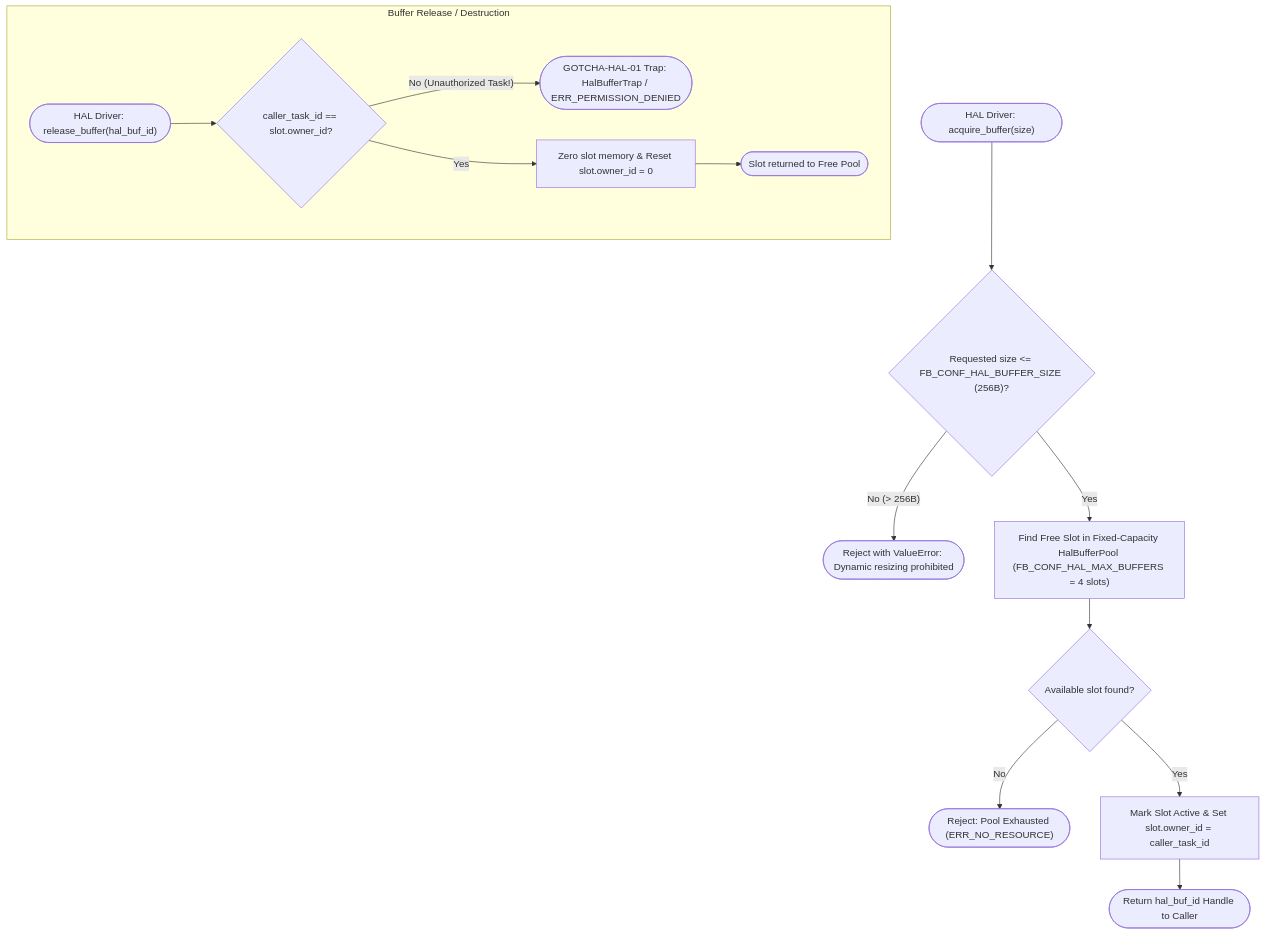
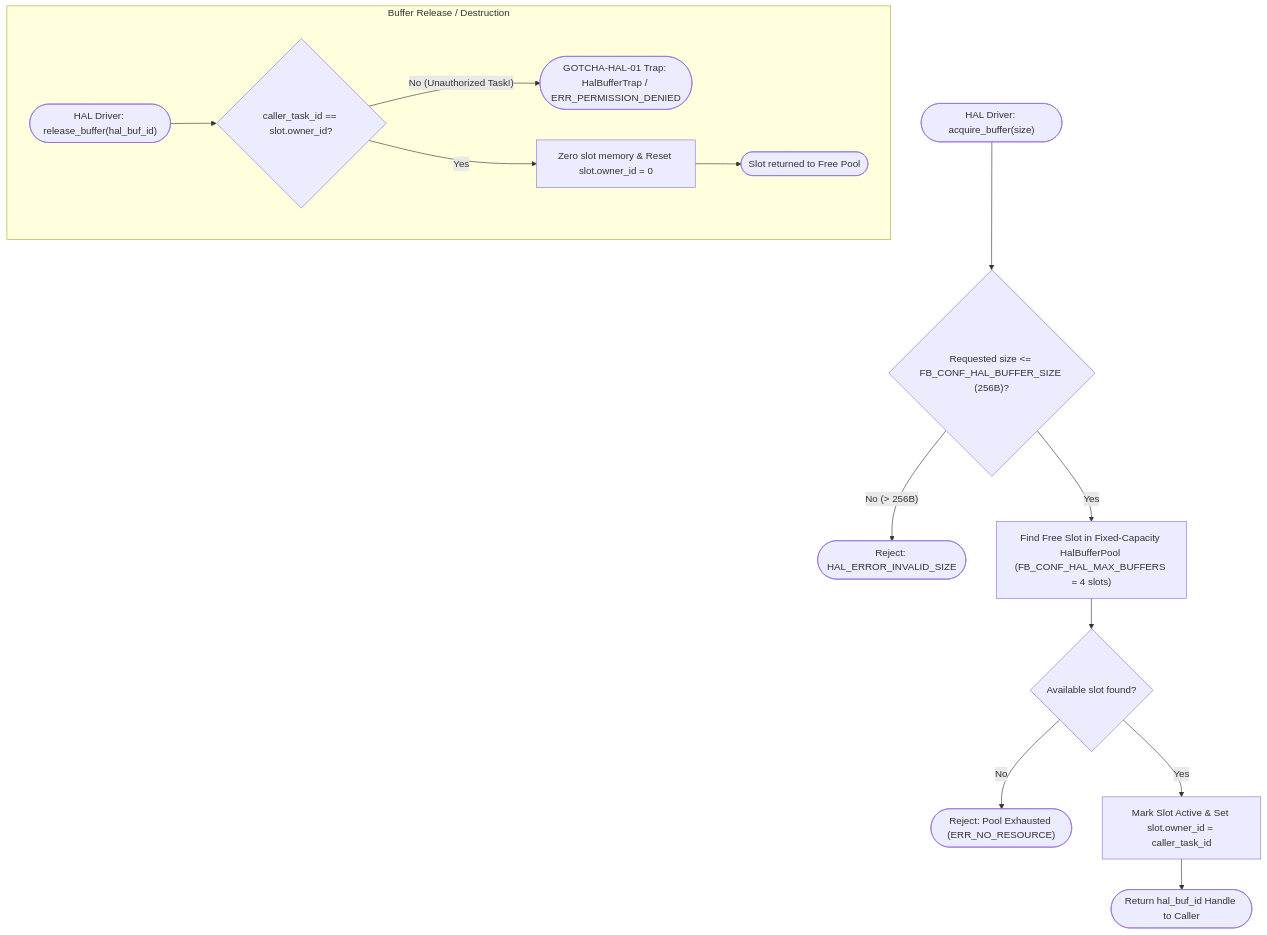
One commit to kmt-t/fireball changed the second of 4 diagrams in docs/components/tier3_platform/platform_driver.md. Above: the diagram before and after it, drawn with Mermaid. The commit also changed other lines of this file and 30 other files, not shown here.

````diff
--- a/docs/components/tier3_platform/platform_driver.md
+++ b/docs/components/tier3_platform/platform_driver.md
@@ -80,19 +80,19 @@
 ```mermaid
 flowchart TD
     Start(["HAL Driver: acquire_buffer(size)"]) --> CheckSize{"Requested size <= FB_CONF_HAL_BUFFER_SIZE (256B)?"}
 
-    CheckSize -- "No (> 256B)" --> RejectSize(["Reject with ValueError: Dynamic resizing prohibited"])
+    CheckSize -- "No (> 256B)" --> RejectSize(["Reject: HAL_ERROR_INVALID_SIZE"])
     CheckSize -- "Yes" --> AllocSlot["Find Free Slot in Fixed-Capacity HalBufferPool (FB_CONF_HAL_MAX_BUFFERS = 4 slots)"]
     AllocSlot --> SlotFound{"Available slot found?"}
 
     SlotFound -- "No" --> RejectFull(["Reject: Pool Exhausted (ERR_NO_RESOURCE)"])
     SlotFound -- "Yes" --> MarkSlot["Mark Slot Active & Set slot.owner_id = caller_task_id"]
     MarkSlot --> ReturnHandle(["Return hal_buf_id Handle to Caller"])
 
     subgraph Buffer Release / Destruction
         RelStart(["HAL Driver: release_buffer(hal_buf_id)"]) --> VerifyOwner{"caller_task_id == slot.owner_id?"}
         VerifyOwner -- "No (Unauthorized Task!)" --> TrapOwner(["GOTCHA-HAL-01 Trap: HalBufferTrap / ERR_PERMISSION_DENIED"])
         VerifyOwner -- "Yes" --> ClearSlot["Zero slot memory & Reset slot.owner_id = 0"]
         ClearSlot --> ReturnPool(["Slot returned to Free Pool"])
     end
 ```
````
